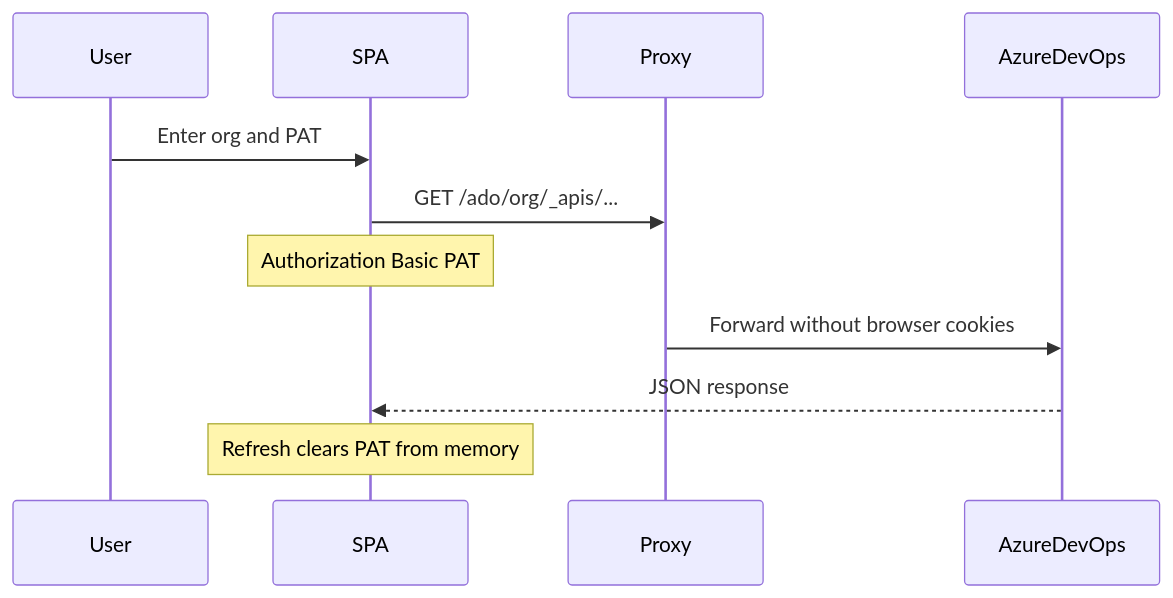
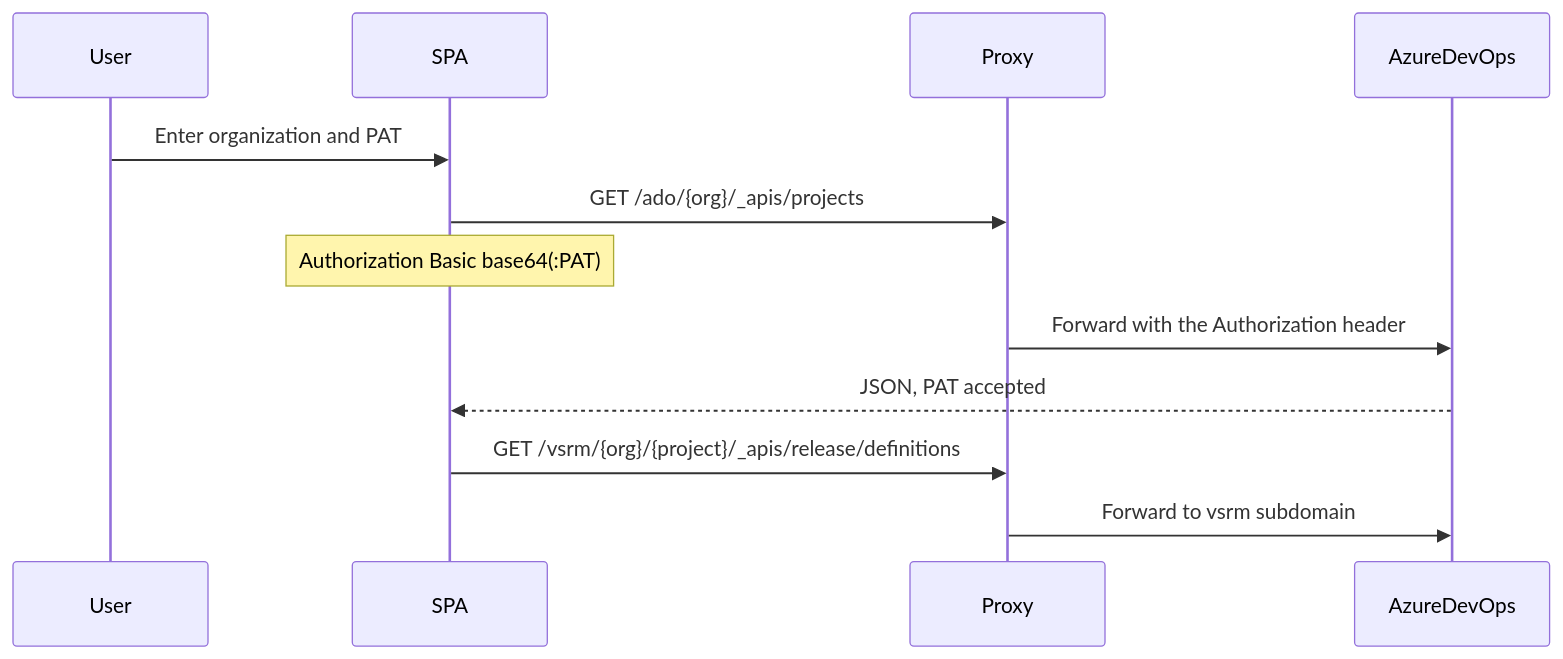
The second of 2 diagrams in README.md (nishantxrana/tooldock), drawn with Mermaid before and after one commit. The commit also changed other lines of this file and 11 other files, not shown here.

````diff
--- a/README.md
+++ b/README.md
@@ -55,13 +95,14 @@
 ```mermaid
 sequenceDiagram
   participant User
   participant SPA
   participant Proxy
   participant ADO as AzureDevOps
-  User->>SPA: Enter org and PAT
-  SPA->>Proxy: GET /ado/org/_apis/...
-  Note over SPA: Authorization Basic PAT
-  Proxy->>ADO: Forward without browser cookies
-  ADO-->>SPA: JSON response
-  Note over SPA: Refresh clears PAT from memory
+  User->>SPA: Enter organization and PAT
+  SPA->>Proxy: GET /ado/{org}/_apis/projects
+  Note over SPA: Authorization Basic base64(:PAT)
+  Proxy->>ADO: Forward with the Authorization header
+  ADO-->>SPA: JSON, PAT accepted
+  SPA->>Proxy: GET /vsrm/{org}/{project}/_apis/release/definitions
+  Proxy->>ADO: Forward to vsrm subdomain
 ```
````
